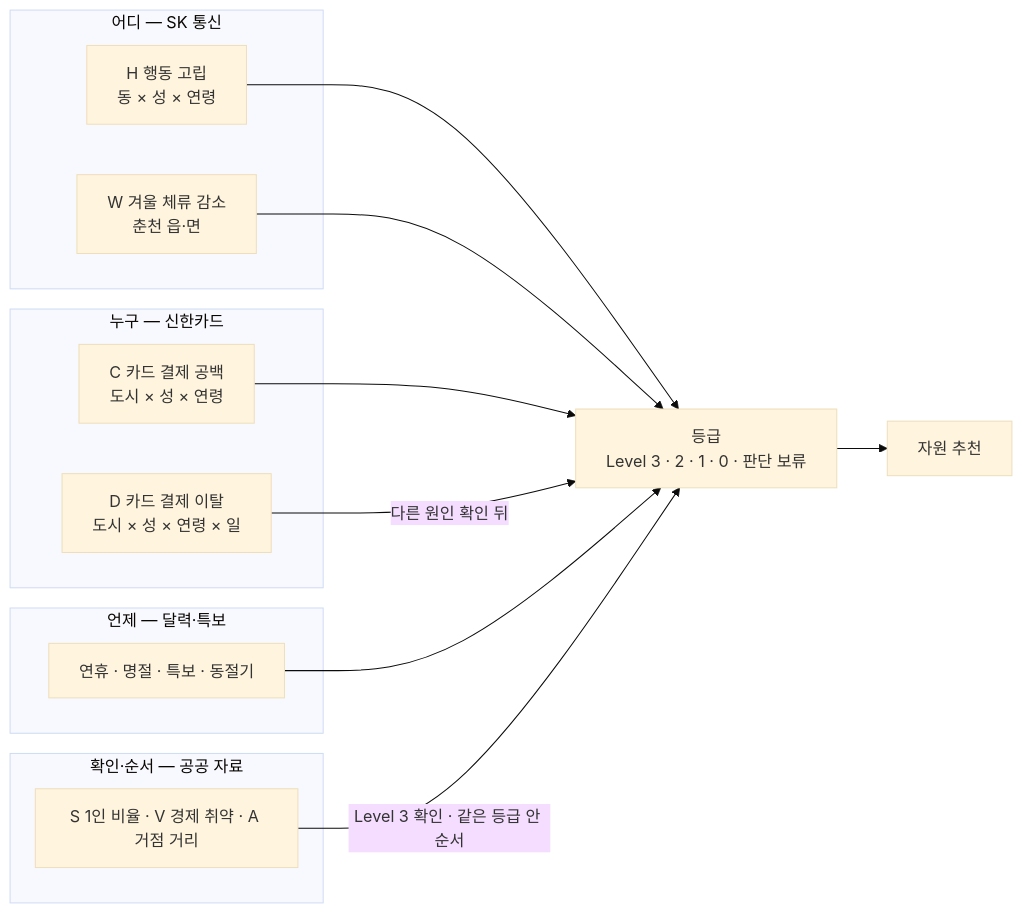
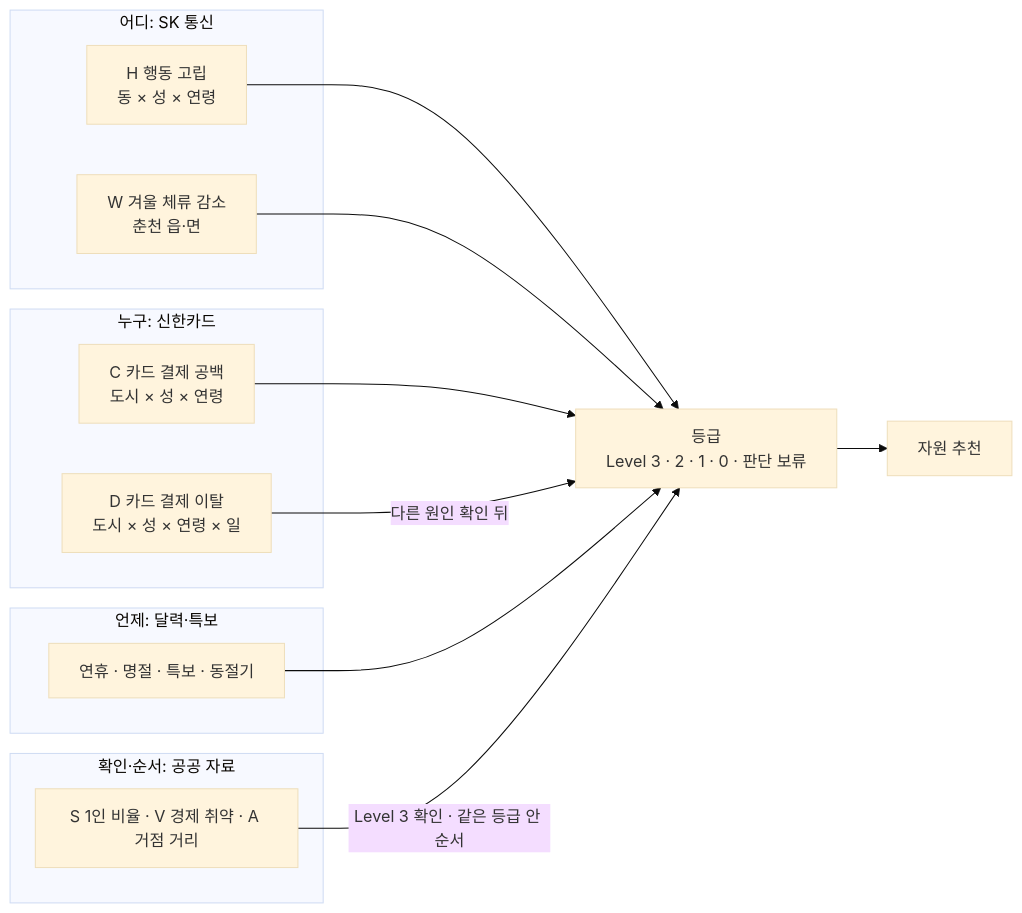
One commit to taeyeon715/BigDataContest_social-isolation-LINK-Radar changed the diagram in docs/데이터_역할.md. Above: the diagram before and after it, drawn with Mermaid (base theme). The commit also changed 54 other files, not shown here.

````diff
--- a/docs/데이터_역할.md
+++ b/docs/데이터_역할.md
@@ -7,24 +7,24 @@
 ```mermaid
 flowchart LR
-  subgraph WHO["누구 — 신한카드"]
+  subgraph WHO["누구: 신한카드"]
     C["C 카드 결제 공백<br/>도시 × 성 × 연령"]
     D["D 카드 결제 이탈<br/>도시 × 성 × 연령 × 일"]
   end
-  subgraph WHERE["어디 — SK 통신"]
+  subgraph WHERE["어디: SK 통신"]
     H["H 행동 고립<br/>동 × 성 × 연령"]
     W["W 겨울 체류 감소<br/>춘천 읍·면"]
   end
-  subgraph WHEN["언제 — 달력·특보"]
+  subgraph WHEN["언제: 달력·특보"]
     T["연휴 · 명절 · 특보 · 동절기"]
   end
-  subgraph CHECK["확인·순서 — 공공 자료"]
+  subgraph CHECK["확인·순서: 공공 자료"]
     S["S 1인 비율 · V 경제 취약 · A 거점 거리"]
   end
   C --> L["등급<br/>Level 3 · 2 · 1 · 0 · 판단 보류"]
   H --> L
   W --> L
   T --> L
   S -->|Level 3 확인 · 같은 등급 안 순서| L
   D -->|다른 원인 확인 뒤| L
   L --> R["자원 추천"]
 ```
````
